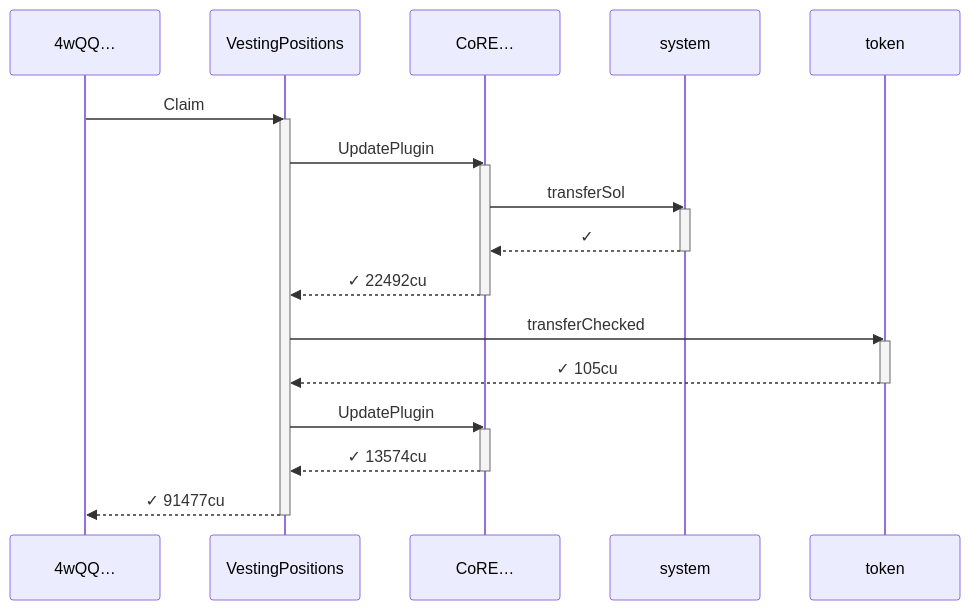
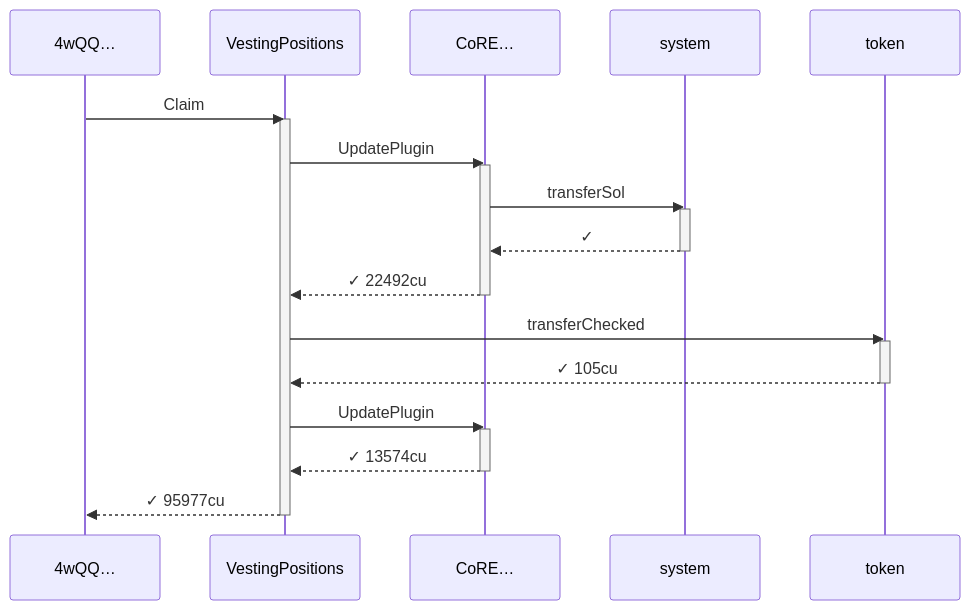
Before and after one commit to cds-turbin3/vesting-position: the seventh of 12 diagrams in babelfish-tests/test-report/exclude_asset_fails_when_fully_claimed.md, drawn with Mermaid. The commit also changed other lines of this file and 106 other files, not shown here.

````diff
--- a/babelfish-tests/test-report/exclude_asset_fails_when_fully_claimed.md
+++ b/babelfish-tests/test-report/exclude_asset_fails_when_fully_claimed.md
@@ -370,28 +381,28 @@
 ```mermaid
 sequenceDiagram
     participant p0 as 4wQQ…
     participant p1 as VestingPositions
     participant p2 as CoRE…
     participant p3 as system
     participant p4 as token
     p0->>p1: Claim
     activate p1
     p1->>p2: UpdatePlugin
     activate p2
     p2->>p3: transferSol
     activate p3
     p3-->>p2: ✓
     deactivate p3
     p2-->>p1: ✓ 22492cu
     deactivate p2
     p1->>p4: transferChecked
     activate p4
     p4-->>p1: ✓ 105cu
     deactivate p4
     p1->>p2: UpdatePlugin
     activate p2
     p2-->>p1: ✓ 13574cu
     deactivate p2
-    p1-->>p0: ✓ 91477cu
+    p1-->>p0: ✓ 95977cu
     deactivate p1
 ```
````
